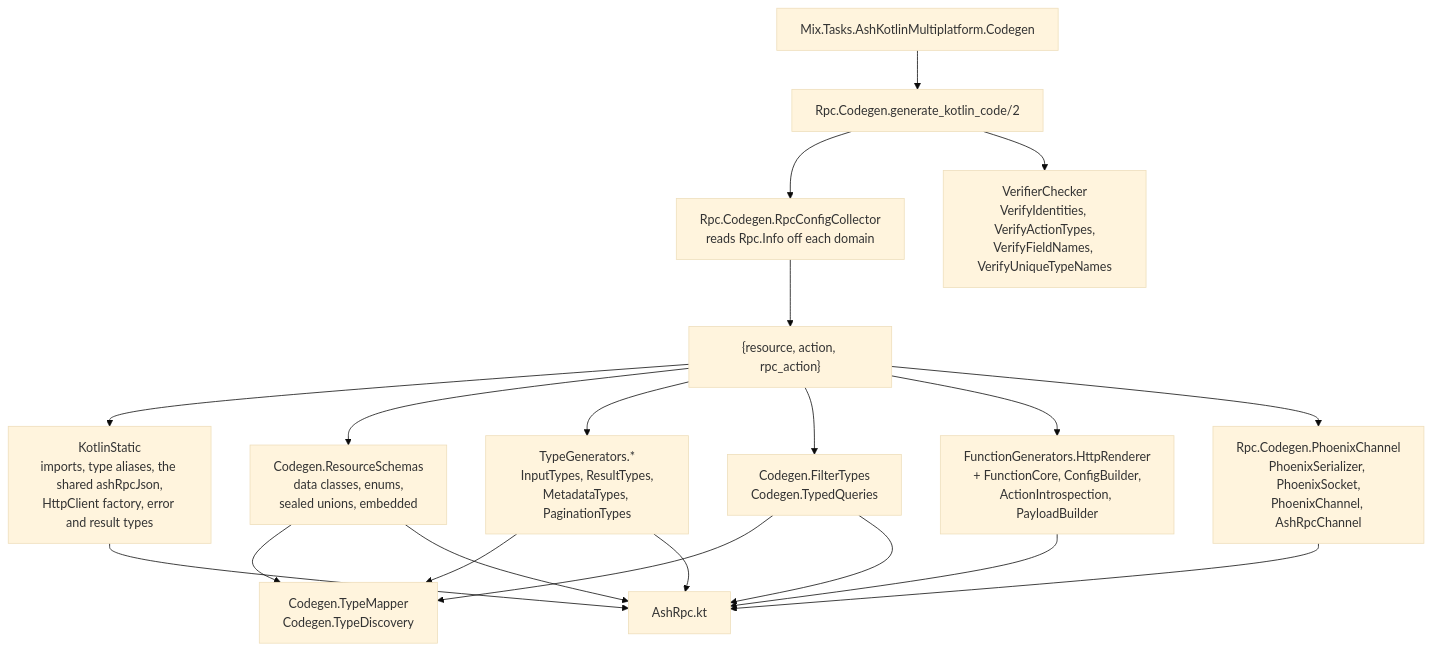
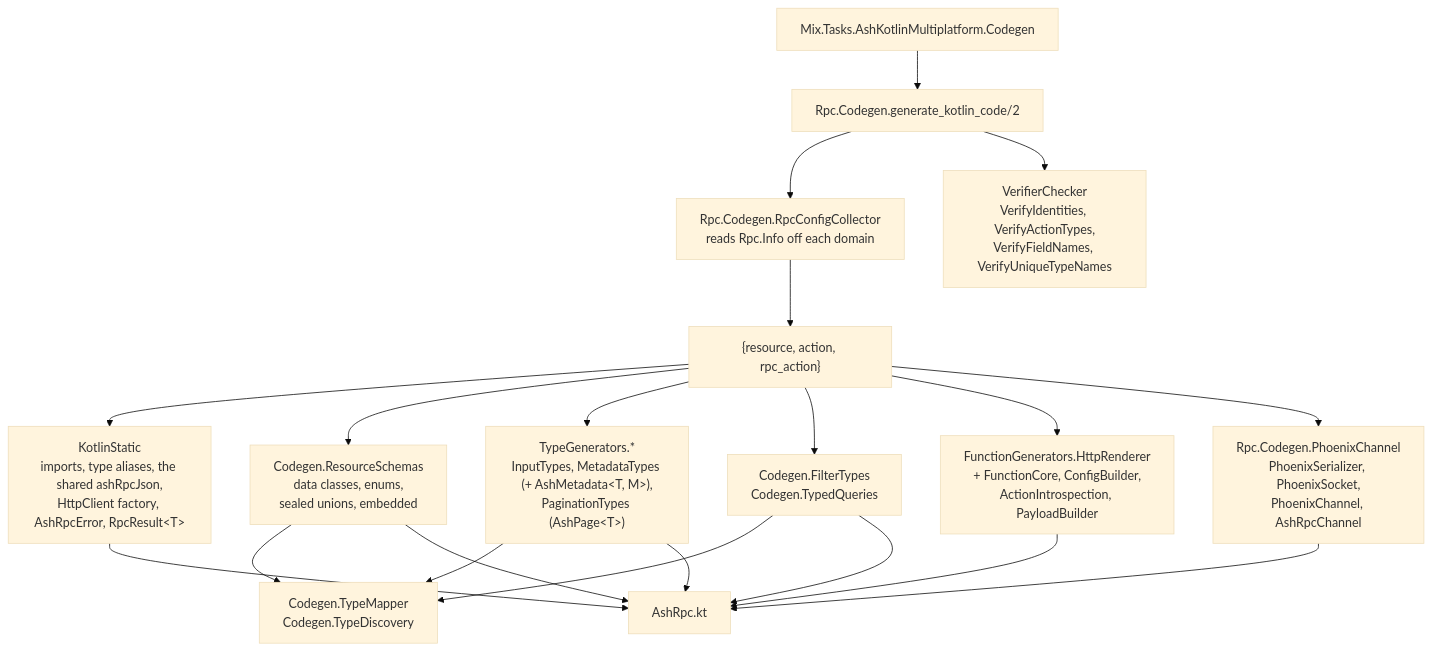
One commit to udin-io/ash_kotlin_multiplatform changed the third of 4 diagrams in docs/architecture.md. Above: the diagram before and after it, drawn with Mermaid (base theme). The commit also changed other lines of this file and 22 other files, not shown here.

First line of the commit message:
Typed results: every generated RPC function returns RpcResult<T> (#22) (#64)

````diff
--- a/docs/architecture.md
+++ b/docs/architecture.md
@@ -88,27 +88,27 @@
 ```mermaid
 flowchart TD
     task["Mix.Tasks.AshKotlinMultiplatform.Codegen"] --> cg["Rpc.Codegen.generate_kotlin_code/2"]
 
     cg --> coll["Rpc.Codegen.RpcConfigCollector<br/>reads Rpc.Info off each domain"]
     cg --> vc["VerifierChecker<br/>VerifyIdentities, VerifyActionTypes,<br/>VerifyFieldNames, VerifyUniqueTypeNames"]
 
     coll --> tuples["{resource, action, rpc_action}"]
 
-    tuples --> static["KotlinStatic<br/>imports, type aliases, the shared ashRpcJson,<br/>HttpClient factory, error and result types"]
+    tuples --> static["KotlinStatic<br/>imports, type aliases, the shared ashRpcJson,<br/>HttpClient factory, AshRpcError, RpcResult&lt;T&gt;"]
     tuples --> schemas["Codegen.ResourceSchemas<br/>data classes, enums,<br/>sealed unions, embedded"]
-    tuples --> types["TypeGenerators.*<br/>InputTypes, ResultTypes,<br/>MetadataTypes, PaginationTypes"]
+    tuples --> types["TypeGenerators.*<br/>InputTypes, MetadataTypes (+ AshMetadata&lt;T, M&gt;),<br/>PaginationTypes (AshPage&lt;T&gt;)"]
     tuples --> filters["Codegen.FilterTypes<br/>Codegen.TypedQueries"]
     tuples --> fns["FunctionGenerators.HttpRenderer<br/>+ FunctionCore, ConfigBuilder,<br/>ActionIntrospection, PayloadBuilder"]
     tuples --> chan["Rpc.Codegen.PhoenixChannel<br/>PhoenixSerializer, PhoenixSocket,<br/>PhoenixChannel, AshRpcChannel"]
 
     schemas --> tm["Codegen.TypeMapper<br/>Codegen.TypeDiscovery"]
     types --> tm
     filters --> tm
 
     static --> out["AshRpc.kt"]
     schemas --> out
     types --> out
     filters --> out
     fns --> out
     chan --> out
 ```
````
